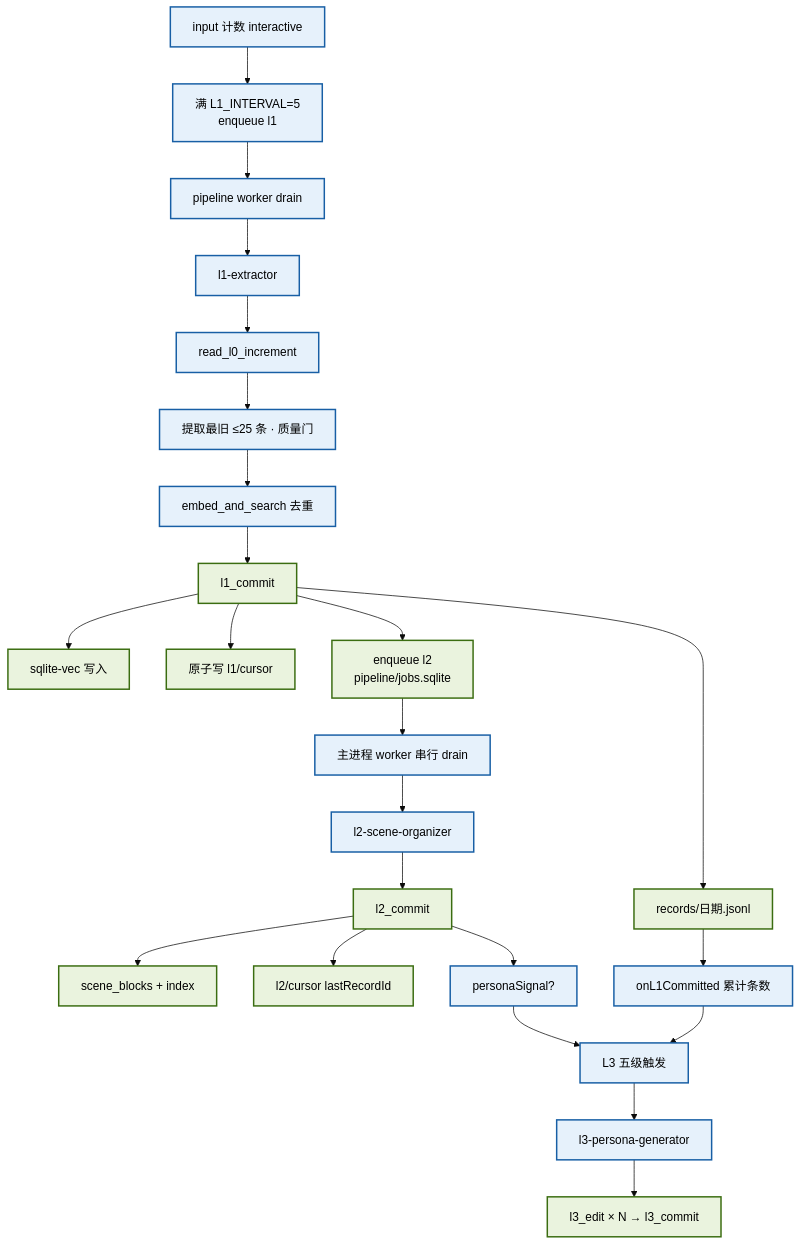
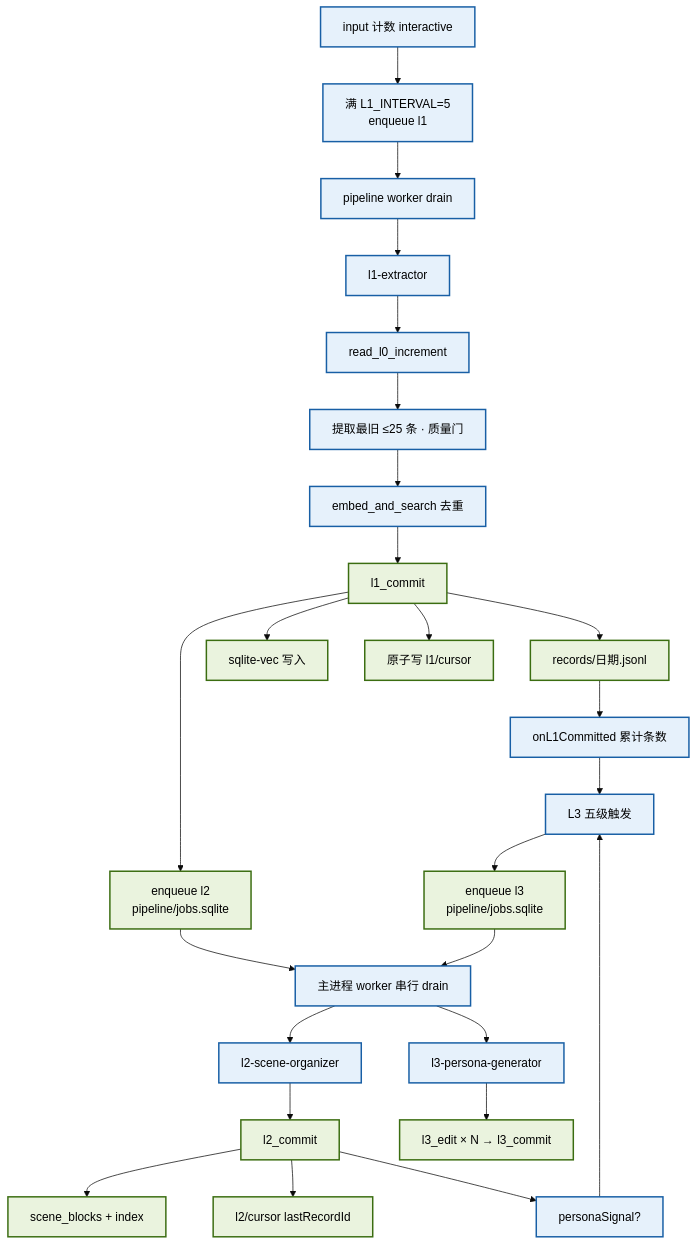
Before and after one commit to yinwenyuan28-afk/pi-memory-system: the fifth of 7 diagrams in 记忆系统架构说明.md, drawn with Mermaid (base theme). The commit also changed other lines of this file and 17 other files, not shown here.

````diff
--- a/记忆系统架构说明.md
+++ b/记忆系统架构说明.md
@@ -276,33 +276,35 @@
 ```mermaid
 flowchart TD
     classDef blue fill:#E6F1FB,stroke:#185FA5,stroke-width:2px,color:#000
     classDef green fill:#EAF3DE,stroke:#3B6D11,stroke-width:2px,color:#000
 
     A["input 计数 interactive"]:::blue
     A --> B["满 L1_INTERVAL=5<br/>enqueue l1"]:::blue
     B --> C0["pipeline worker drain"]:::blue
     C0 --> C["l1-extractor"]:::blue
     C --> D["read_l0_increment"]:::blue
     D --> E["提取最旧 ≤25 条 · 质量门"]:::blue
     E --> F["embed_and_search 去重"]:::blue
     F --> G["l1_commit"]:::green
 
     G --> H["records/日期.jsonl"]:::green
     G --> I["sqlite-vec 写入"]:::green
     G --> J["原子写 l1/cursor"]:::green
 
     G --> K["enqueue l2<br/>pipeline/jobs.sqlite"]:::green
     K --> L["主进程 worker 串行 drain"]:::blue
     L --> M["l2-scene-organizer"]:::blue
     M --> N["l2_commit"]:::green
 
     N --> O["scene_blocks + index"]:::green
     N --> P["l2/cursor lastRecordId"]:::green
     N --> Q["personaSignal?"]:::blue
 
     H --> R["onL1Committed 累计条数"]:::blue
     Q --> S["L3 五级触发"]:::blue
     R --> S
-    S --> T["l3-persona-generator"]:::blue
+    S --> S2["enqueue l3<br/>pipeline/jobs.sqlite"]:::green
+    S2 --> L
+    L --> T["l3-persona-generator"]:::blue
     T --> U["l3_edit × N → l3_commit"]:::green
 ```
````
